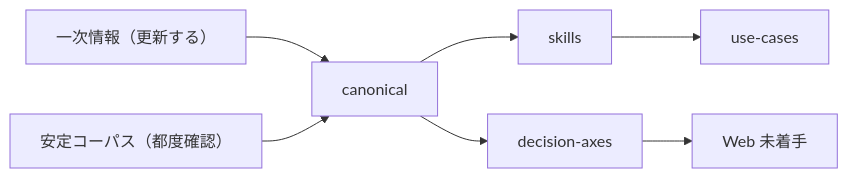
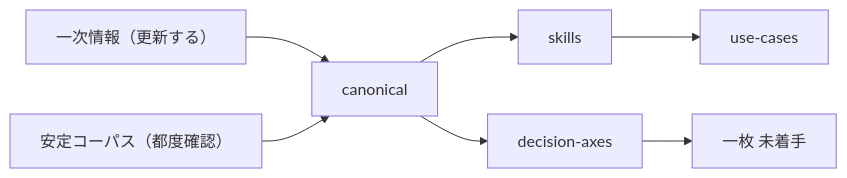
One commit to shuji-bonji/ai-design-advisor changed the diagram in README.md. Above: the diagram before and after it, drawn with Mermaid. The commit also changed other lines of this file and 2 other files, not shown here.

````diff
--- a/README.md
+++ b/README.md
@@ -37,9 +41,9 @@
 ```mermaid
 flowchart LR
   P["一次情報（更新する）"] --> C[canonical]
   S["安定コーパス（都度確認）"] --> C
   C --> K[skills]
   C --> A[decision-axes]
   K --> U[use-cases]
-  A --> W["Web 未着手"]
+  A --> W["一枚 未着手"]
 ```
````
